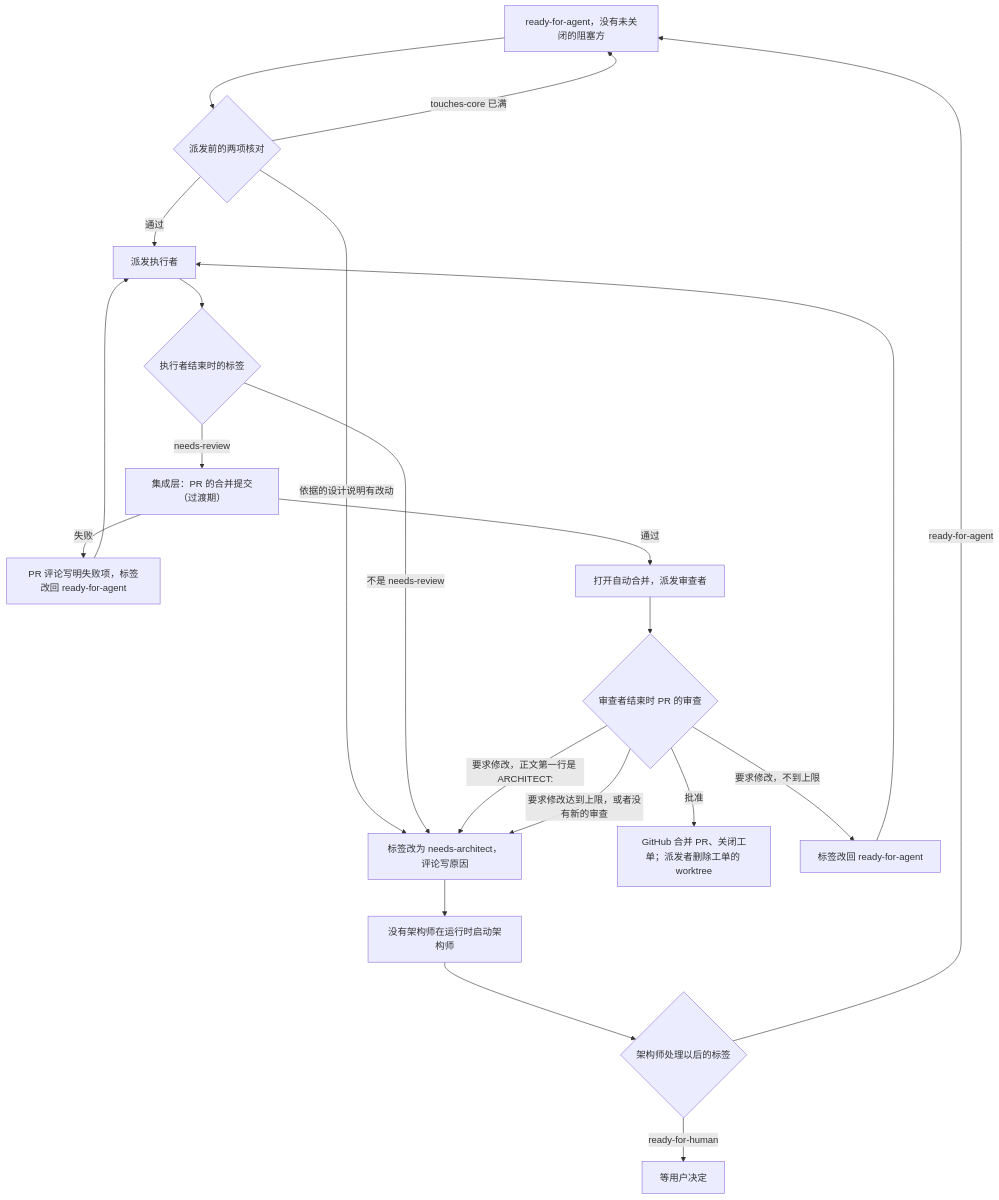
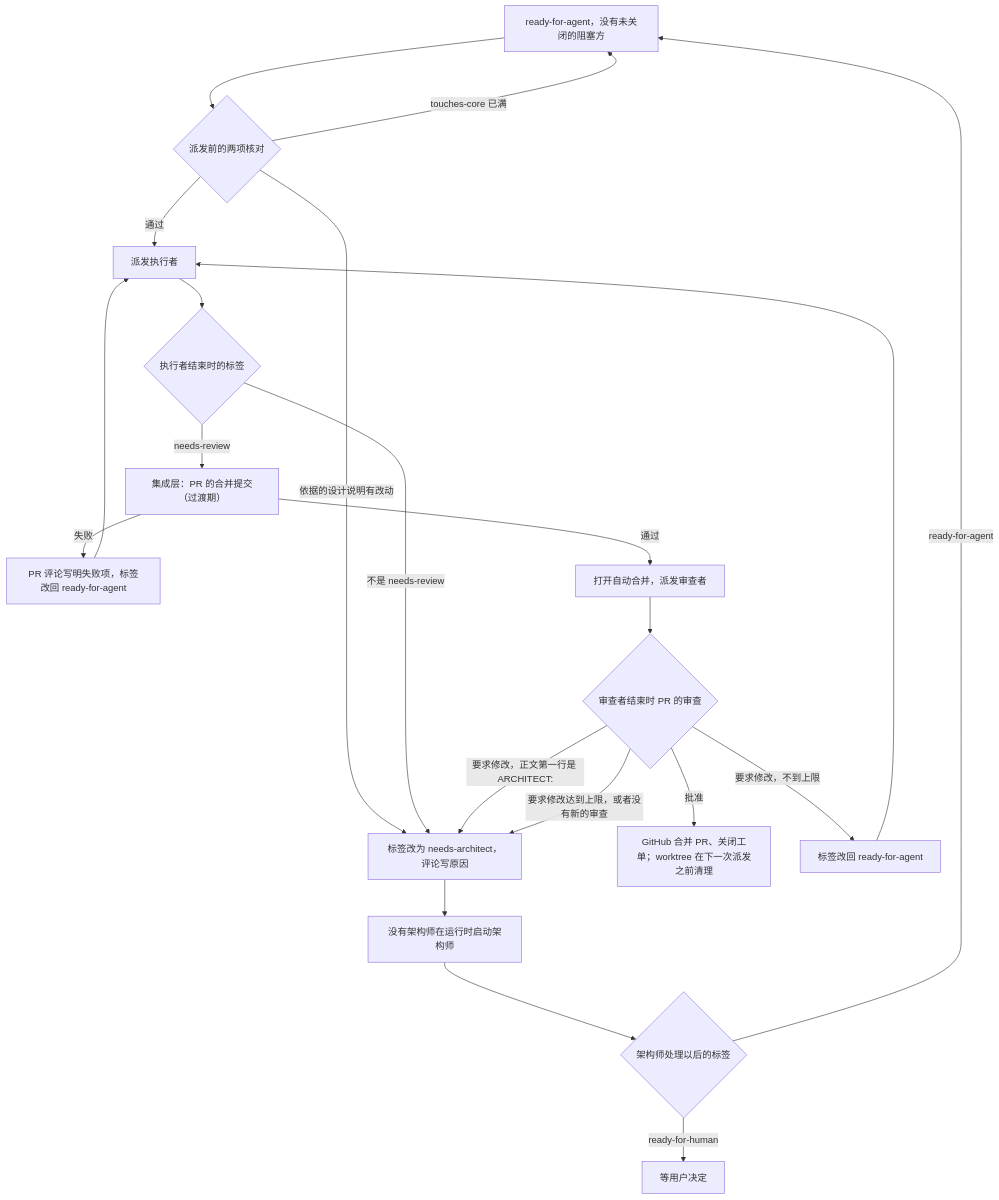
One commit to bender2333/yudao changed the diagram in docs/agents/dispatcher.md. Above: the diagram before and after it, drawn with Mermaid. The commit also changed other lines of this file and 7 other files, not shown here.

````diff
--- a/docs/agents/dispatcher.md
+++ b/docs/agents/dispatcher.md
@@ -22,23 +24,23 @@
 ```mermaid
 flowchart TD
     R[ready-for-agent，没有未关闭的阻塞方] --> C{派发前的两项核对}
     C -- 依据的设计说明有改动 --> N[标签改为 needs-architect，评论写原因]
     C -- touches-core 已满 --> R
     C -- 通过 --> E[派发执行者]
     E --> X{执行者结束时的标签}
     X -- needs-review --> I[集成层：PR 的合并提交（过渡期）]
     X -- 不是 needs-review --> N
     I -- 失败 --> F[PR 评论写明失败项，标签改回 ready-for-agent]
     F --> E
     I -- 通过 --> A[打开自动合并，派发审查者]
     A --> V{审查者结束时 PR 的审查}
-    V -- 批准 --> M[GitHub 合并 PR、关闭工单；派发者删除工单的 worktree]
+    V -- 批准 --> M[GitHub 合并 PR、关闭工单；worktree 在下一次派发之前清理]
     V -- 要求修改，不到上限 --> B[标签改回 ready-for-agent]
     B --> E
     V -- 要求修改，正文第一行是 ARCHITECT: --> N
     V -- 要求修改达到上限，或者没有新的审查 --> N
     N --> W[没有架构师在运行时启动架构师]
     W --> Q{架构师处理以后的标签}
     Q -- ready-for-agent --> R
     Q -- ready-for-human --> H[等用户决定]
 ```
````
